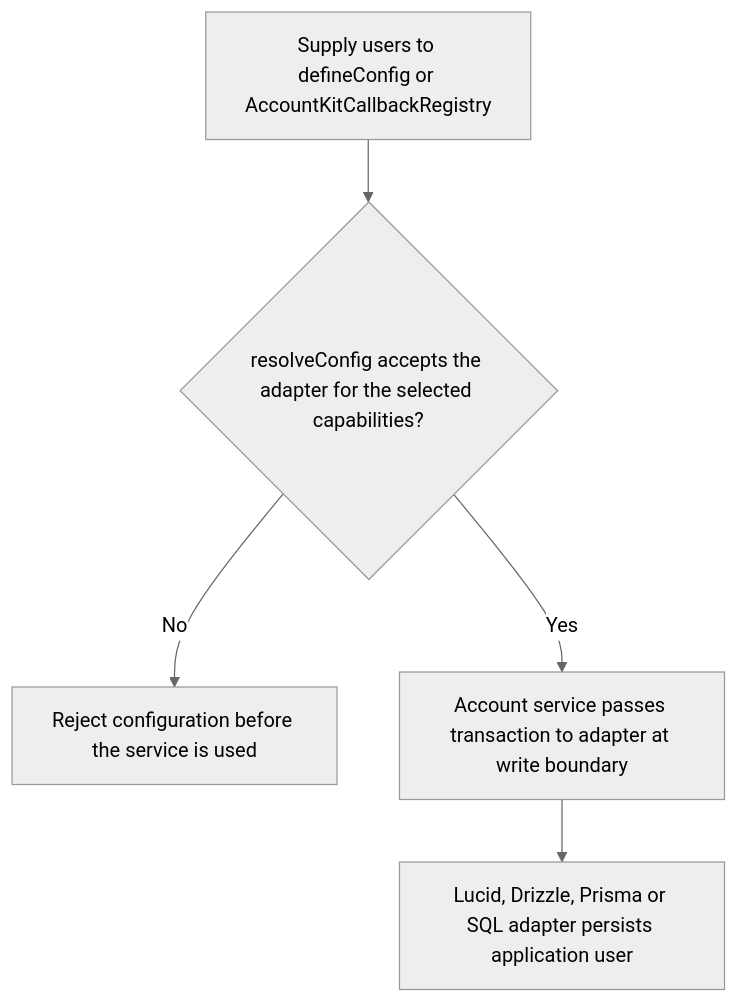
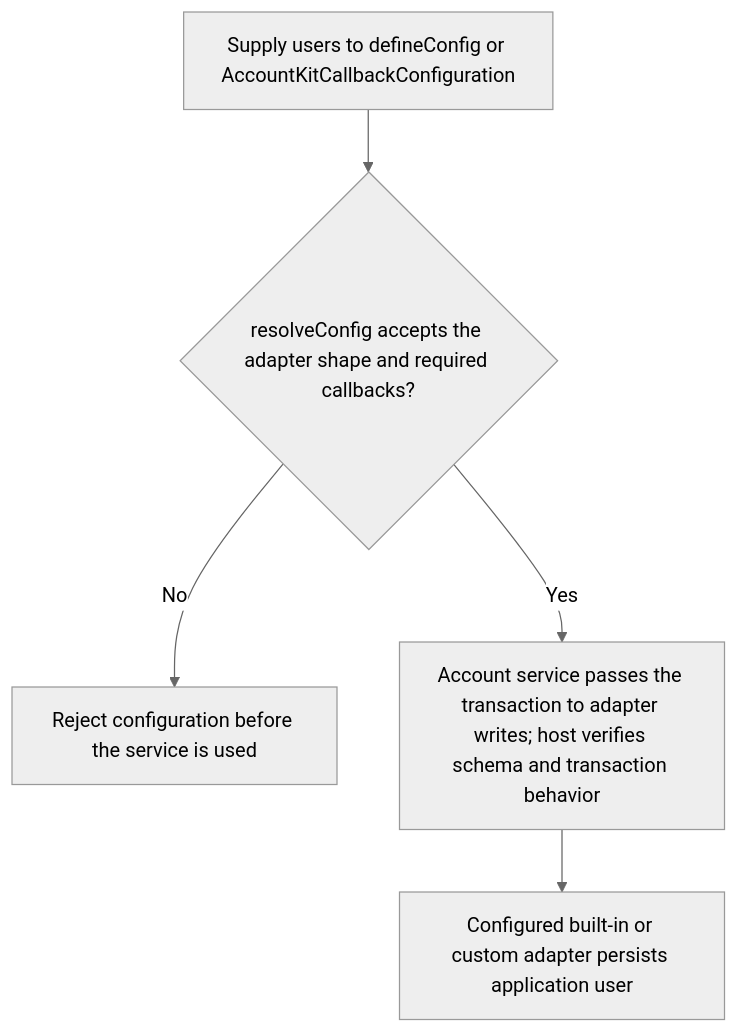
The second of 2 diagrams in user-stories/US-ACCOUNT-34-choose-user-adapter.md (Kevinjohn/oss-adonisjs-account-kit), drawn with Mermaid (neutral theme) before and after one commit. The commit also changed other lines of this file and 16 other files, not shown here.

````diff
--- a/user-stories/US-ACCOUNT-34-choose-user-adapter.md
+++ b/user-stories/US-ACCOUNT-34-choose-user-adapter.md
@@ -31,7 +31,7 @@
 ```mermaid
 flowchart TD
- A["Supply users to defineConfig or AccountKitCallbackRegistry"] --> B{"resolveConfig accepts the adapter for the selected capabilities?"}
+ A["Supply users to defineConfig or AccountKitCallbackConfiguration"] --> B{"resolveConfig accepts the adapter shape and required callbacks?"}
  B -->|No| X["Reject configuration before the service is used"]
- B -->|Yes| C["Account service passes transaction to adapter at write boundary"]
- C --> D["Lucid, Drizzle, Prisma or SQL adapter persists application user"]
+ B -->|Yes| C["Account service passes the transaction to adapter writes; host verifies schema and transaction behavior"]
+ C --> D["Configured built-in or custom adapter persists application user"]
 ```
````
